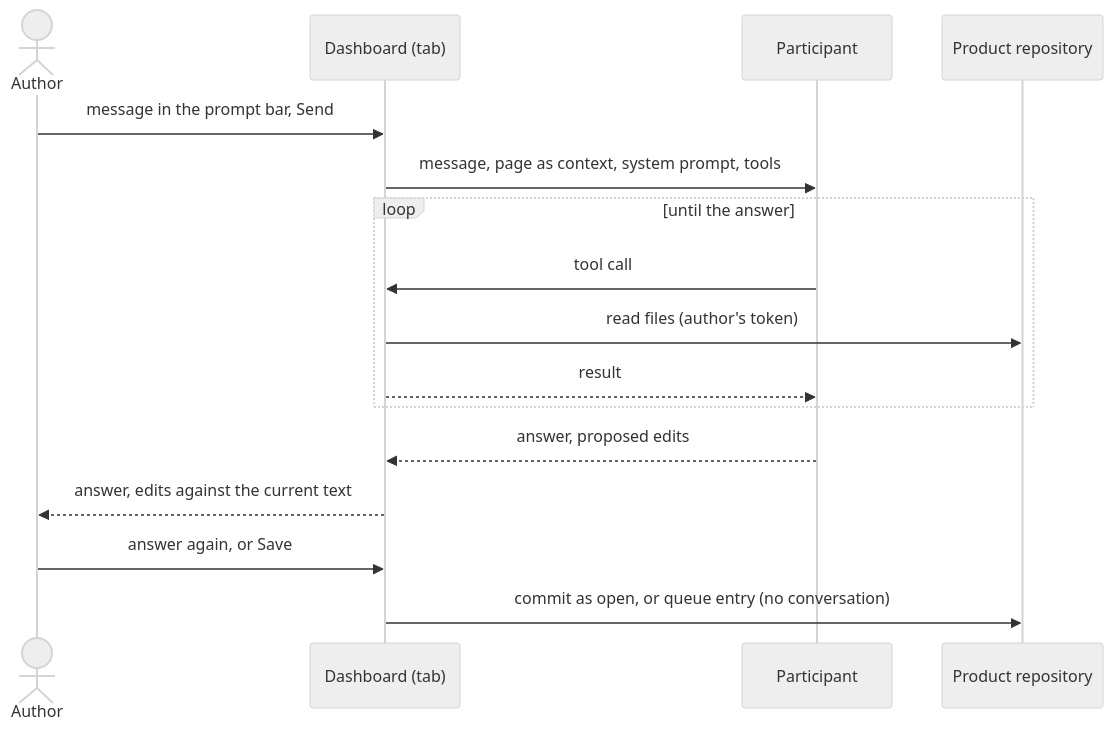
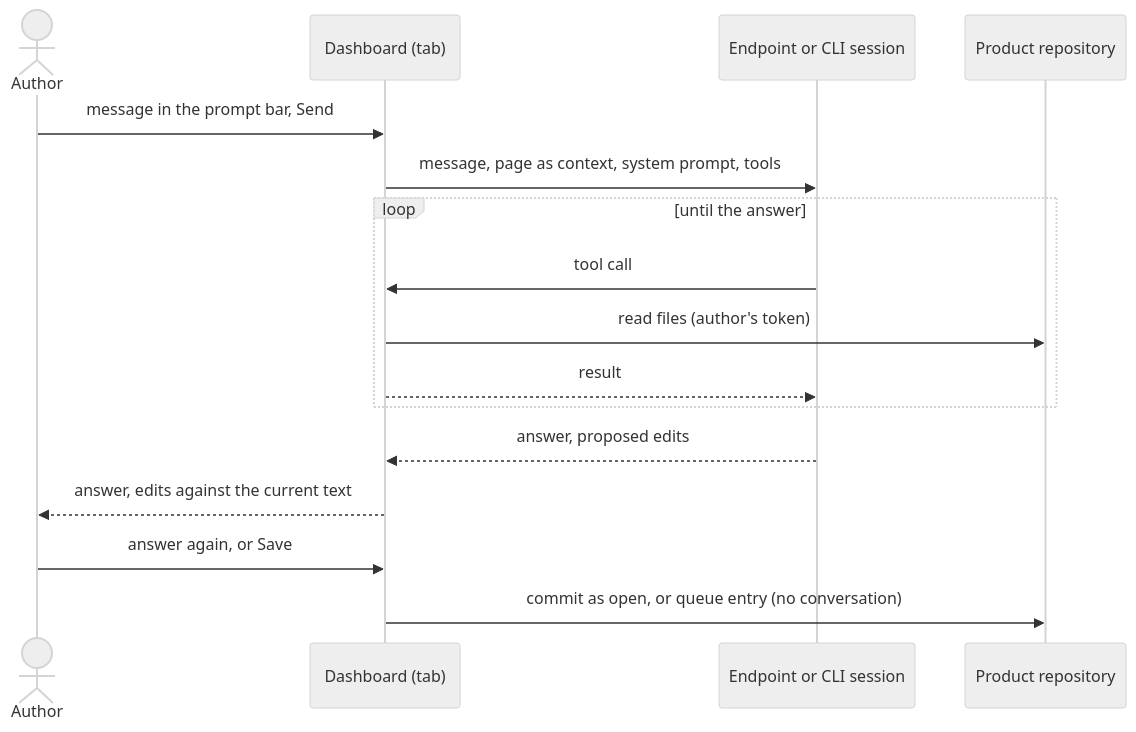
The diagram in docs/use-cases/UC-049-talk-to-an-agent-in-the-prompt-bar.md (akmaier/agent-m), drawn with Mermaid (neutral theme) before and after one commit. The commit also changed other lines of this file and 12 other files, not shown here.

````diff
--- a/docs/use-cases/UC-049-talk-to-an-agent-in-the-prompt-bar.md
+++ b/docs/use-cases/UC-049-talk-to-an-agent-in-the-prompt-bar.md
@@ -105,18 +116,18 @@
 ```mermaid
 sequenceDiagram
     actor A as Author
     participant D as Dashboard (tab)
-    participant P as Participant
+    participant P as Endpoint or CLI session
     participant G as Product repository
     A->>D: message in the prompt bar, Send
     D->>P: message, page as context, system prompt, tools
     loop until the answer
         P->>D: tool call
         D->>G: read files (author's token)
         D-->>P: result
     end
     P-->>D: answer, proposed edits
     D-->>A: answer, edits against the current text
     A->>D: answer again, or Save
     D->>G: commit as open, or queue entry (no conversation)
 ```
````
